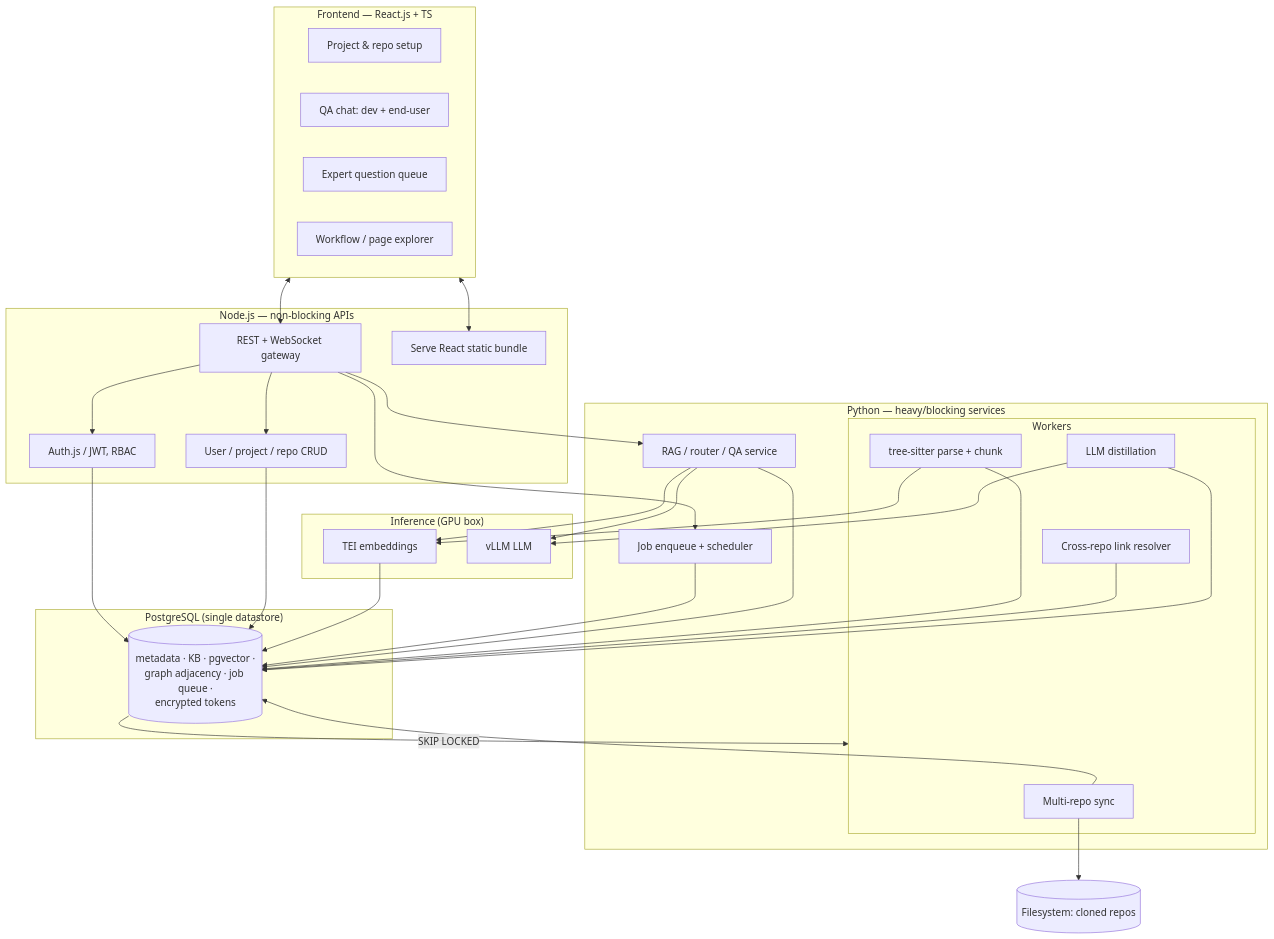
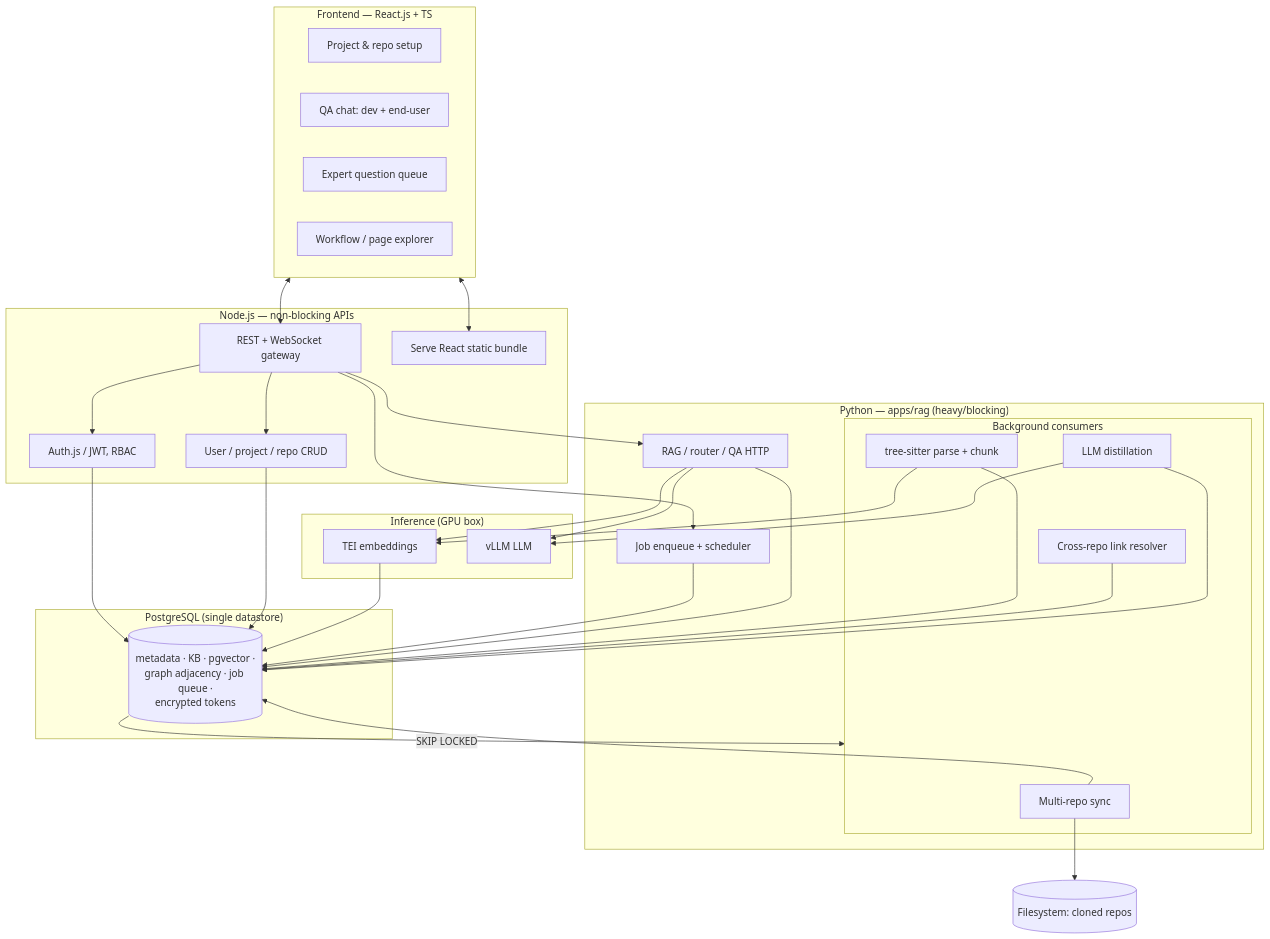
Before and after one commit to ashokduraik/CodeSage: the first of 2 diagrams in docs/final-solution.md, drawn with Mermaid. The commit also changed other lines of this file and 131 other files, not shown here.

````diff
--- a/docs/final-solution.md
+++ b/docs/final-solution.md
@@ -53,55 +53,55 @@
 ```mermaid
 flowchart TB
     subgraph FE["Frontend — React.js + TS"]
         P1[Project & repo setup]
         P2[QA chat: dev + end-user]
         P3[Expert question queue]
         P4[Workflow / page explorer]
     end
 
     subgraph NODE["Node.js — non-blocking APIs"]
         GW[REST + WebSocket gateway]
         STATIC[Serve React static bundle]
         AUTH[Auth.js / JWT, RBAC]
         CRUD[User / project / repo CRUD]
     end
 
-    subgraph PY["Python — heavy/blocking services"]
-        RAGSVC[RAG / router / QA service]
+    subgraph PY["Python — apps/rag (heavy/blocking)"]
+        RAGSVC[RAG / router / QA HTTP]
         ORCH[Job enqueue + scheduler]
-        subgraph WORK["Workers"]
+        subgraph WORK["Background consumers"]
             SYNC[Multi-repo sync]
             PARSE[tree-sitter parse + chunk]
             XREPO[Cross-repo link resolver]
             DISTILL[LLM distillation]
         end
     end
 
     subgraph DATA["PostgreSQL (single datastore)"]
         PG[(metadata · KB · pgvector ·\ngraph adjacency · job queue ·\nencrypted tokens)]
     end
     FS[(Filesystem: cloned repos)]
 
     subgraph AI["Inference (GPU box)"]
         TEI[TEI embeddings]
         VLLM[vLLM LLM]
     end
 
     FE <--> GW
     FE <--> STATIC
     GW --> AUTH --> PG
     GW --> CRUD --> PG
     GW --> RAGSVC
     GW --> ORCH --> PG
     PG -->|SKIP LOCKED| WORK
     SYNC --> FS
     SYNC --> PG
     PARSE --> PG
     PARSE --> TEI --> PG
     XREPO --> PG
     DISTILL --> VLLM
     DISTILL --> PG
     RAGSVC --> PG
     RAGSVC --> VLLM
     RAGSVC --> TEI
 ```
````
